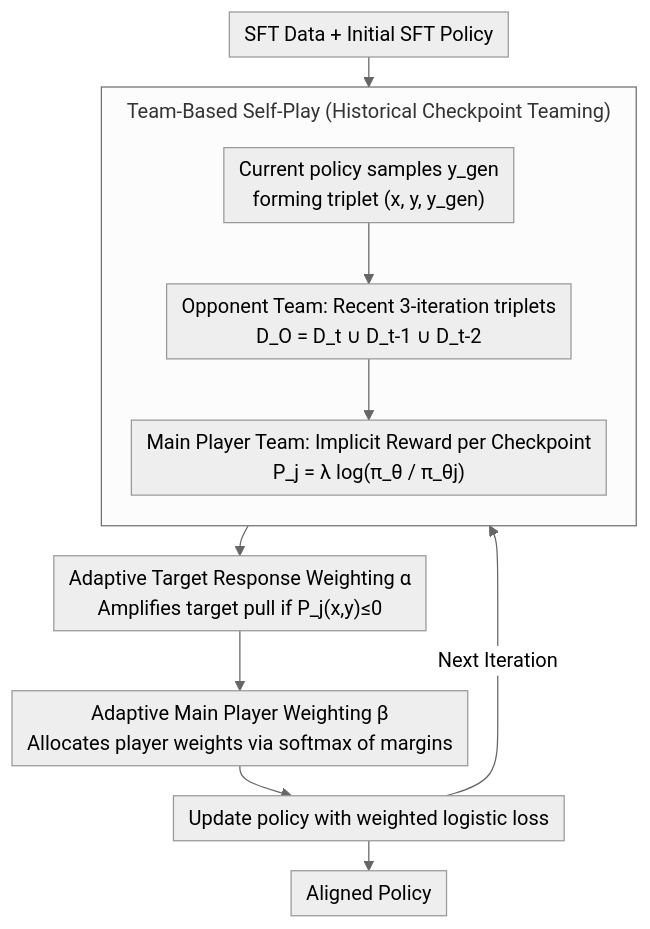
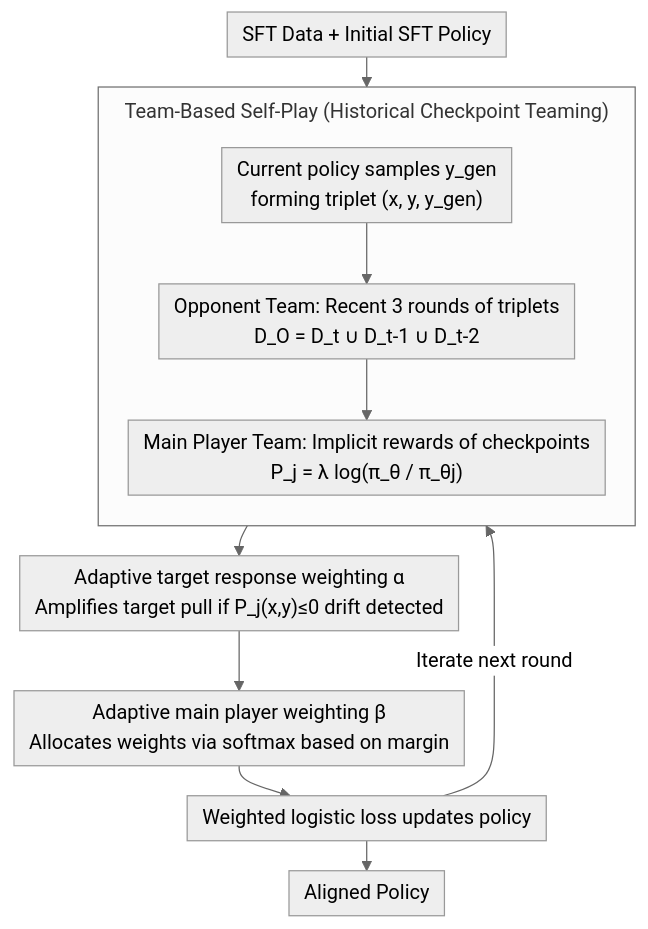
Before and after one commit to zhaoyang97/Paper-Notes-en: the diagram in docs/ACL2026/llm_alignment/team-based_self-play_with_dual_adaptive_weighting_for_fine-tuning_llms.md, drawn with Mermaid (neutral theme). The commit also changed other lines of this file and 5084 other files, not shown here.

````diff
--- a/docs/ACL2026/llm_alignment/team-based_self-play_with_dual_adaptive_weighting_for_fine-tuning_llms.md
+++ b/docs/ACL2026/llm_alignment/team-based_self-play_with_dual_adaptive_weighting_for_fine-tuning_llms.md
@@ -46,15 +46,15 @@
 ```mermaid
 %%{init: {'flowchart': {'rankSpacing': 24, 'nodeSpacing': 28, 'padding': 6, 'wrappingWidth': 400, 'subGraphTitleMargin': {'top': 8, 'bottom': 16}}}}%%
 flowchart TD
     A["SFT Data + Initial SFT Policy"] --> B["Current policy samples y_gen<br/>forming triplet (x, y, y_gen)"]
     subgraph TEAM["Team-Based Self-Play (Historical Checkpoint Teaming)"]
         direction TB
-        B --> C["Opponent Team: Recent 3-iteration triplets<br/>D_O = D_t ∪ D_t-1 ∪ D_t-2"]
-        C --> D["Main Player Team: Implicit Reward per Checkpoint<br/>P_j = λ log(π_θ / π_θj)"]
+        B --> C["Opponent Team: Recent 3 rounds of triplets<br/>D_O = D_t ∪ D_t-1 ∪ D_t-2"]
+        C --> D["Main Player Team: Implicit rewards of checkpoints<br/>P_j = λ log(π_θ / π_θj)"]
     end
-    D --> E["Adaptive Target Response Weighting α<br/>Amplifies target pull if P_j(x,y)≤0"]
-    E --> F["Adaptive Main Player Weighting β<br/>Allocates player weights via softmax of margins"]
-    F --> G["Update policy with weighted logistic loss"]
-    G -->|Next Iteration| B
+    D --> E["Adaptive target response weighting α<br/>Amplifies target pull if P_j(x,y)≤0 drift detected"]
+    E --> F["Adaptive main player weighting β<br/>Allocates weights via softmax based on margin"]
+    F --> G["Weighted logistic loss updates policy"]
+    G -->|Iterate next round| B
     G --> H["Aligned Policy"]
 ```
````
